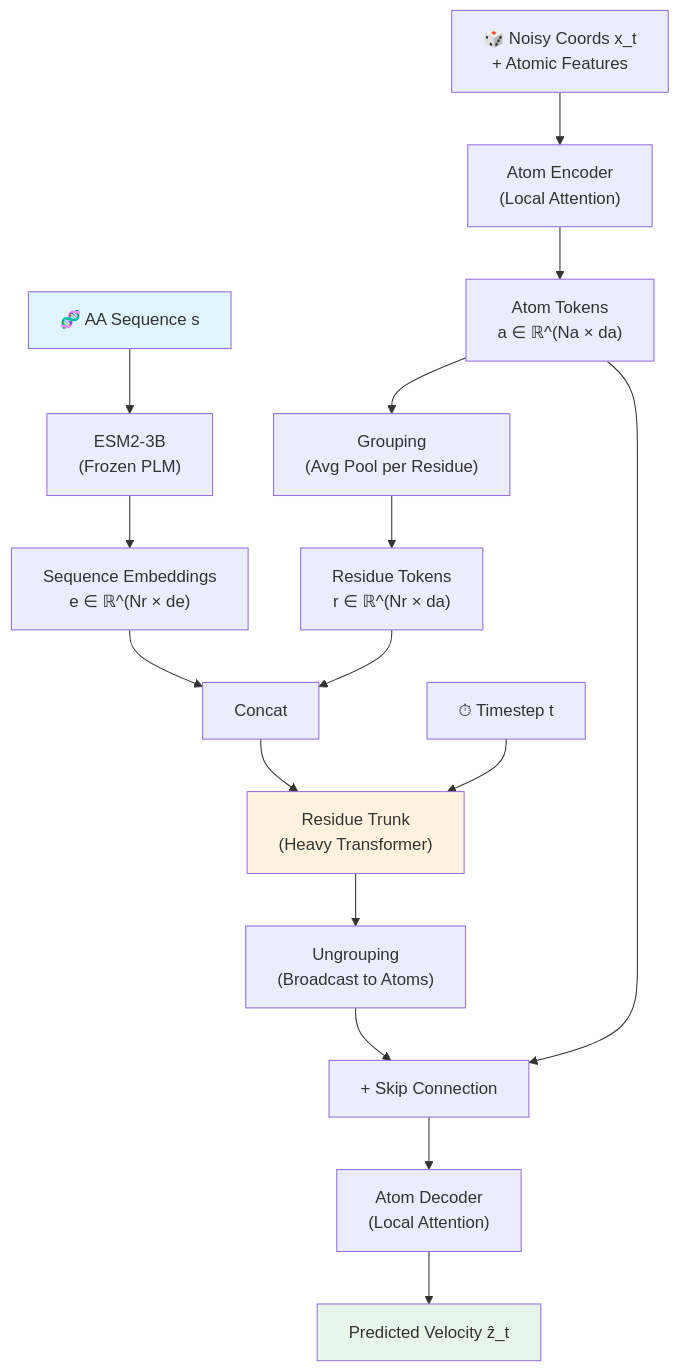
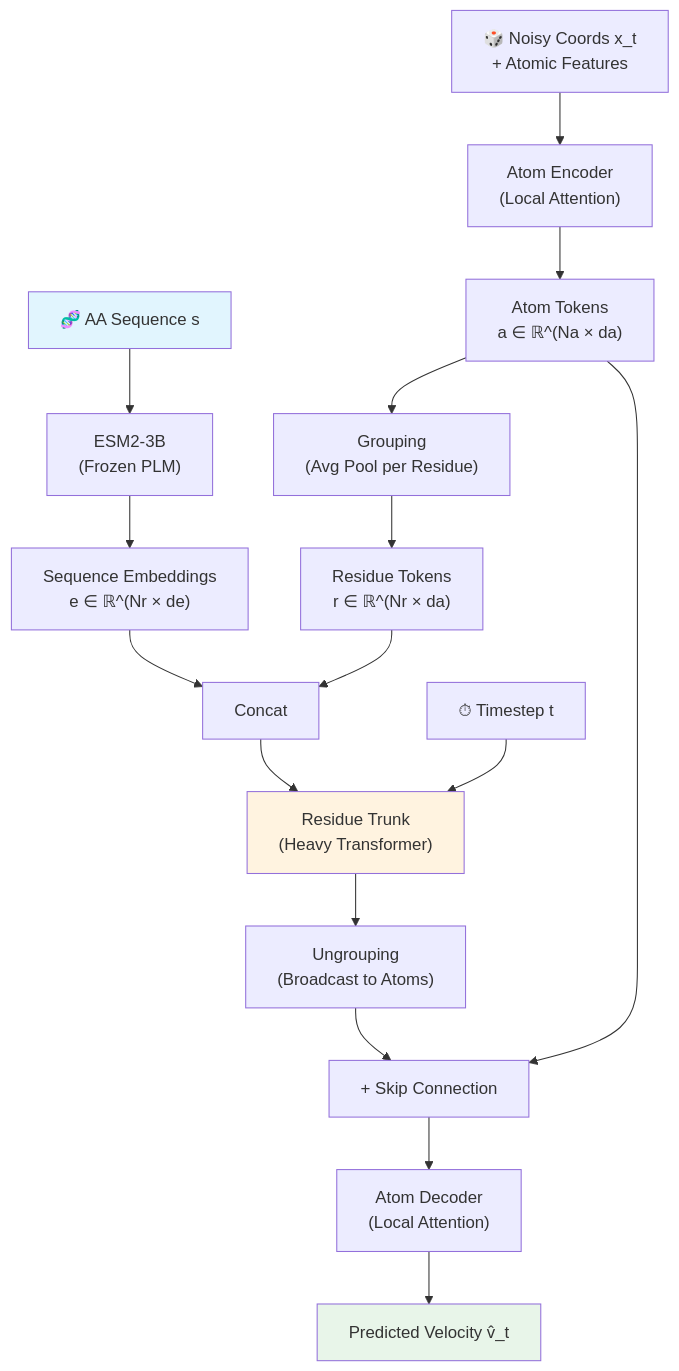
The diagram in _posts/2026-02-24-simplefold-folding-proteins-simpler.md (eightmm/eightmm.github.io), drawn with Mermaid before and after one commit. The commit also changed other lines of this file, not shown here.

````diff
--- a/_posts/2026-02-24-simplefold-folding-proteins-simpler.md
+++ b/_posts/2026-02-24-simplefold-folding-proteins-simpler.md
@@ -53,26 +52,26 @@
 ```mermaid
 graph TD
     A["🧬 AA Sequence s"] --> PLM["ESM2-3B<br/>(Frozen PLM)"]
     PLM --> E["Sequence Embeddings<br/>e ∈ ℝ^(Nr × de)"]
-    
+
     N["🎲 Noisy Coords x_t<br/>+ Atomic Features"] --> AE["Atom Encoder<br/>(Local Attention)"]
     AE --> AT["Atom Tokens<br/>a ∈ ℝ^(Na × da)"]
     AT --> G["Grouping<br/>(Avg Pool per Residue)"]
     G --> RT["Residue Tokens<br/>r ∈ ℝ^(Nr × da)"]
-    
+
     RT --> CAT["Concat"]
     E --> CAT
     CAT --> TRUNK["Residue Trunk<br/>(Heavy Transformer)"]
-    
+
     T["⏱ Timestep t"] --> TRUNK
-    
+
     TRUNK --> UG["Ungrouping<br/>(Broadcast to Atoms)"]
     UG --> SKIP["+ Skip Connection"]
     AT --> SKIP
     SKIP --> AD["Atom Decoder<br/>(Local Attention)"]
-    AD --> V["Predicted Velocity ẑ_t"]
-    
+    AD --> V["Predicted Velocity v̂_t"]
+
     style A fill:#e1f5fe
     style V fill:#e8f5e9
     style TRUNK fill:#fff3e0
 ```
````
